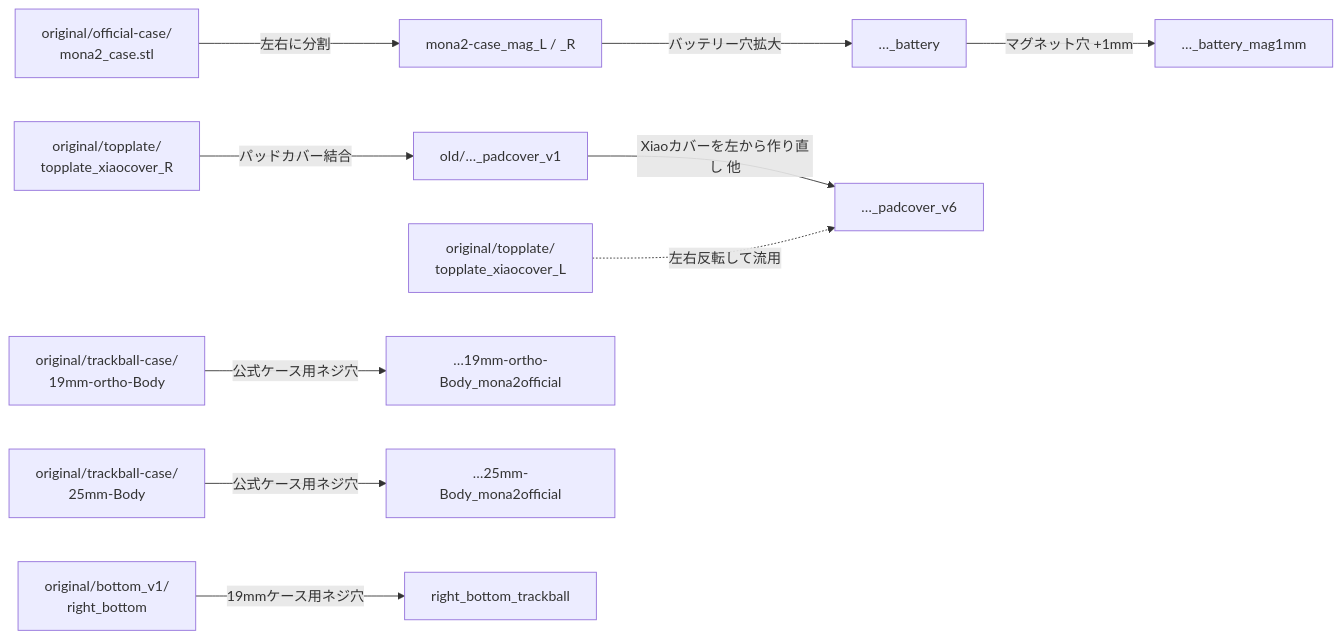
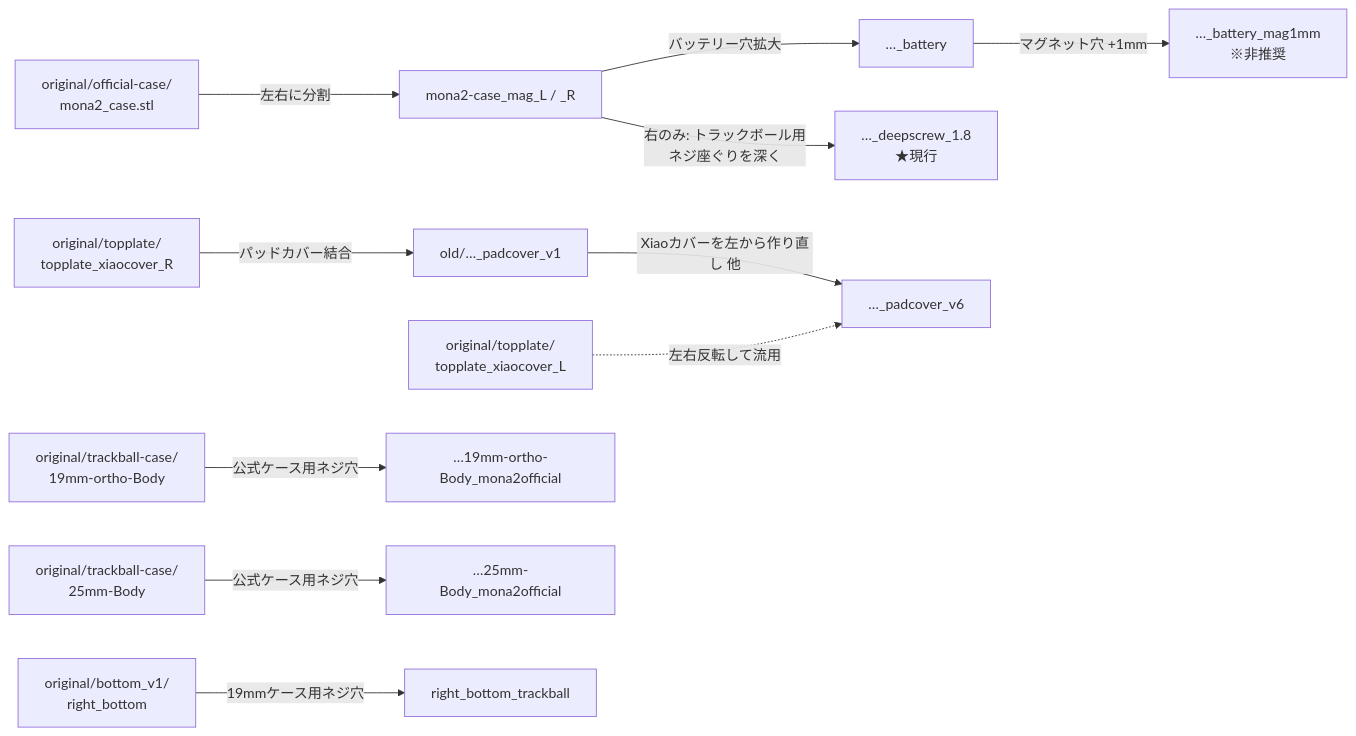
The diagram in model/README.md (dgarai/zmk-config-moNa2-paw3222), drawn with Mermaid before and after one commit. The commit also changed other lines of this file and 4 other files, not shown here.

````diff
--- a/model/README.md
+++ b/model/README.md
@@ -39,15 +39,16 @@
 ```mermaid
 flowchart LR
   OC[original/official-case/<br>mona2_case.stl] -->|左右に分割| MAG[mona2-case_mag_L / _R]
   MAG -->|バッテリー穴拡大| BAT[…_battery]
-  BAT -->|マグネット穴 +1mm| M1[…_battery_mag1mm]
+  BAT -->|マグネット穴 +1mm| M1[…_battery_mag1mm<br>※非推奨]
+  MAG -->|右のみ: トラックボール用<br>ネジ座ぐりを深く| DS[…_deepscrew_1.8<br>★現行]
 
   TPR[original/topplate/<br>topplate_xiaocover_R] -->|パッドカバー結合| P1[old/…_padcover_v1]
   P1 -->|Xiaoカバーを左から作り直し 他| P6[…_padcover_v6]
   TPL[original/topplate/<br>topplate_xiaocover_L] -.->|左右反転して流用| P6
 
   T19[original/trackball-case/<br>19mm-ortho-Body] -->|公式ケース用ネジ穴| T19O[…19mm-ortho-Body_mona2official]
   T25[original/trackball-case/<br>25mm-Body] -->|公式ケース用ネジ穴| T25O[…25mm-Body_mona2official]
 
   B1[original/bottom_v1/<br>right_bottom] -->|19mmケース用ネジ穴| RBT[right_bottom_trackball]
 ```
````
